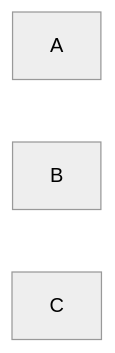
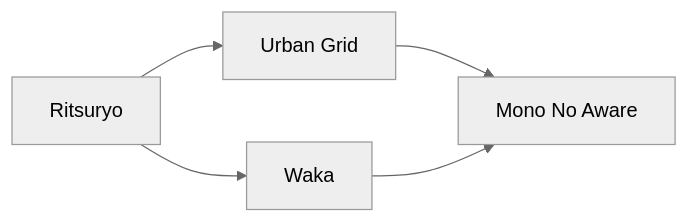
The diagram in Civilizations - Antiquity/Heian Japan.md (Donnervogel98/Civilization-VII---Obsidian-Vault), drawn with Mermaid (neutral theme) before and after one commit. The commit also changed other lines of this file and 14 other files, not shown here.

````diff
--- a/Civilizations - Antiquity/Heian Japan.md
+++ b/Civilizations - Antiquity/Heian Japan.md
@@ -60,6 +63,7 @@
 ```mermaid
 graph LR;
-	A;
-	B;
-	C;
+	A[Ritsuryo] --> B[Urban Grid];
+	A --> C[Waka];
+	B --> D[Mono No Aware];
+	C --> D;
 ```
````
